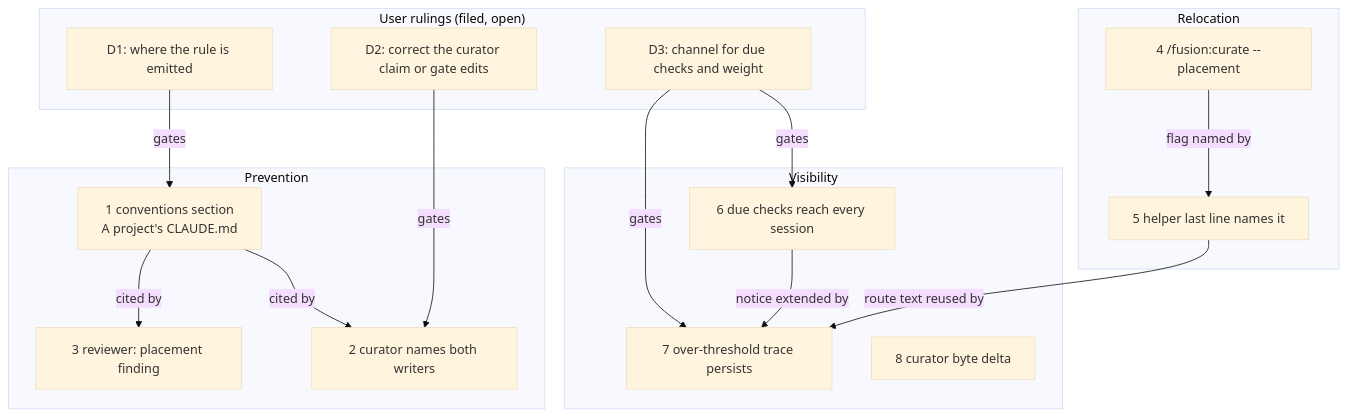
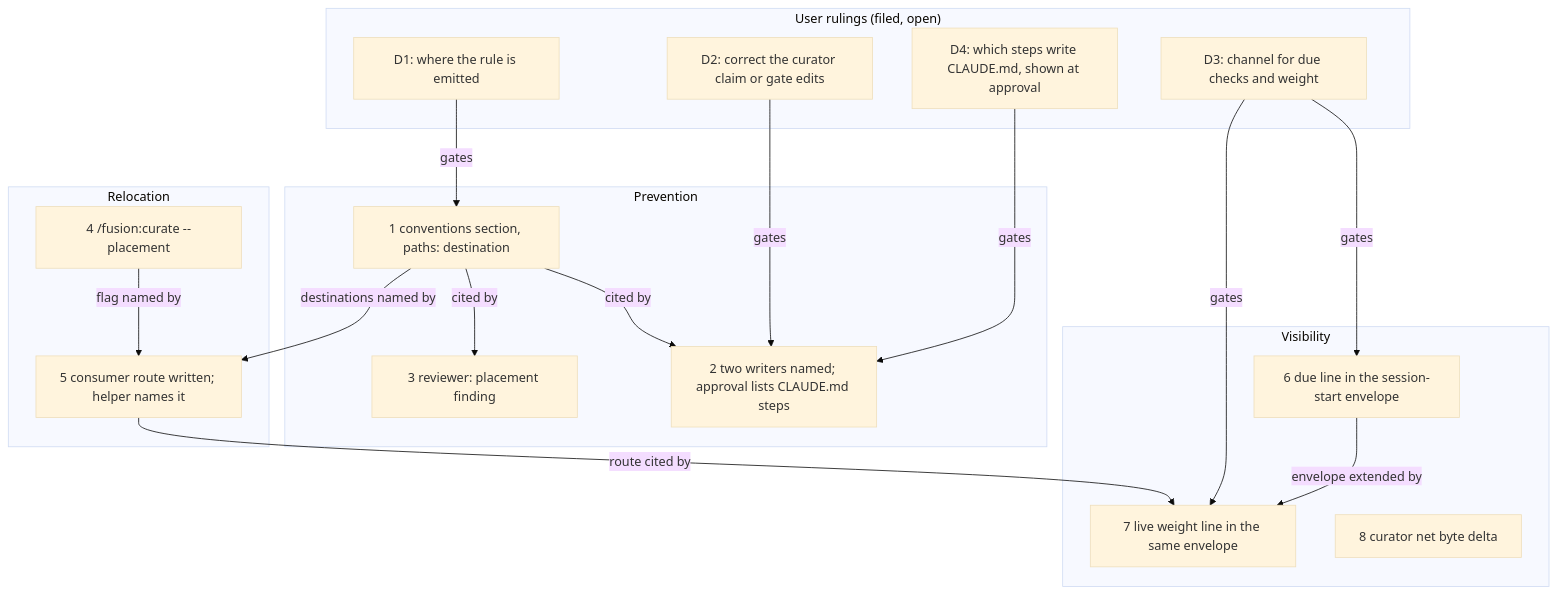
One commit to tenzoki/fusion changed the diagram in fusion-workbench/work-packages/261020-0917-consumer-claude-md-stays-lean/plans/261020-0927-plan-consumer-claude-md-stays-lean.md. Above: the diagram before and after it, drawn with Mermaid (base theme). The commit also changed other lines of this file and 6 other files, not shown here.

````diff
--- a/fusion-workbench/work-packages/261020-0917-consumer-claude-md-stays-lean/plans/261020-0927-plan-consumer-claude-md-stays-lean.md
+++ b/fusion-workbench/work-packages/261020-0917-consumer-claude-md-stays-lean/plans/261020-0927-plan-consumer-claude-md-stays-lean.md
@@ -41,31 +49,34 @@
 ```mermaid
 flowchart TD
   subgraph Decisions["User rulings (filed, open)"]
     D1["D1: where the rule is emitted"]
     D2["D2: correct the curator claim or gate edits"]
+    D4["D4: which steps write CLAUDE.md, shown at approval"]
     D3["D3: channel for due checks and weight"]
   end
   subgraph Prevention
-    S1["1 conventions section<br/>A project's CLAUDE.md"]
-    S2["2 curator names both writers"]
+    S1["1 conventions section, paths: destination"]
+    S2["2 two writers named; approval lists CLAUDE.md steps"]
     S3["3 reviewer: placement finding"]
   end
   subgraph Relocation
     S4["4 /fusion:curate --placement"]
-    S5["5 helper last line names it"]
+    S5["5 consumer route written; helper names it"]
   end
   subgraph Visibility
-    S6["6 due checks reach every session"]
-    S7["7 over-threshold trace persists"]
-    S8["8 curator byte delta"]
+    S6["6 due line in the session-start envelope"]
+    S7["7 live weight line in the same envelope"]
+    S8["8 curator net byte delta"]
   end
   D1 -->|gates| S1
   D2 -->|gates| S2
+  D4 -->|gates| S2
   D3 -->|gates| S6
   D3 -->|gates| S7
   S1 -->|cited by| S2
   S1 -->|cited by| S3
+  S1 -->|destinations named by| S5
   S4 -->|flag named by| S5
-  S5 -->|route text reused by| S7
-  S6 -->|notice extended by| S7
+  S5 -->|route cited by| S7
+  S6 -->|envelope extended by| S7
 ```
````
